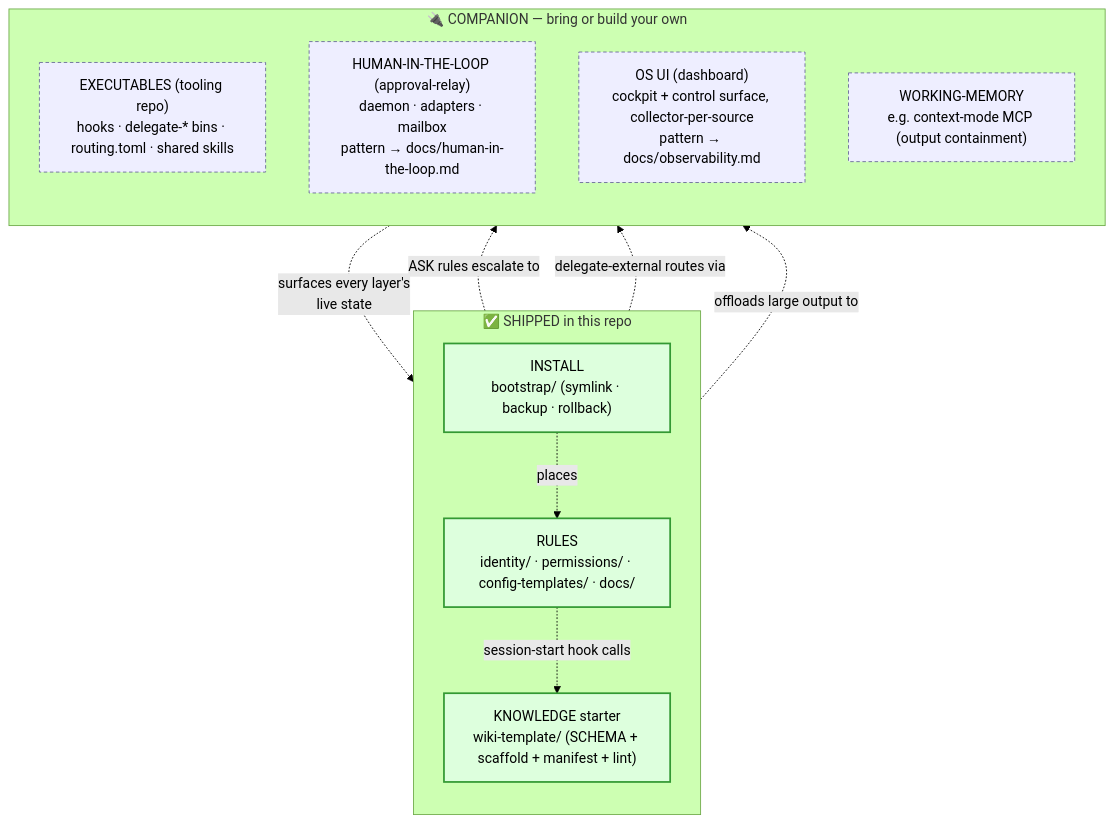
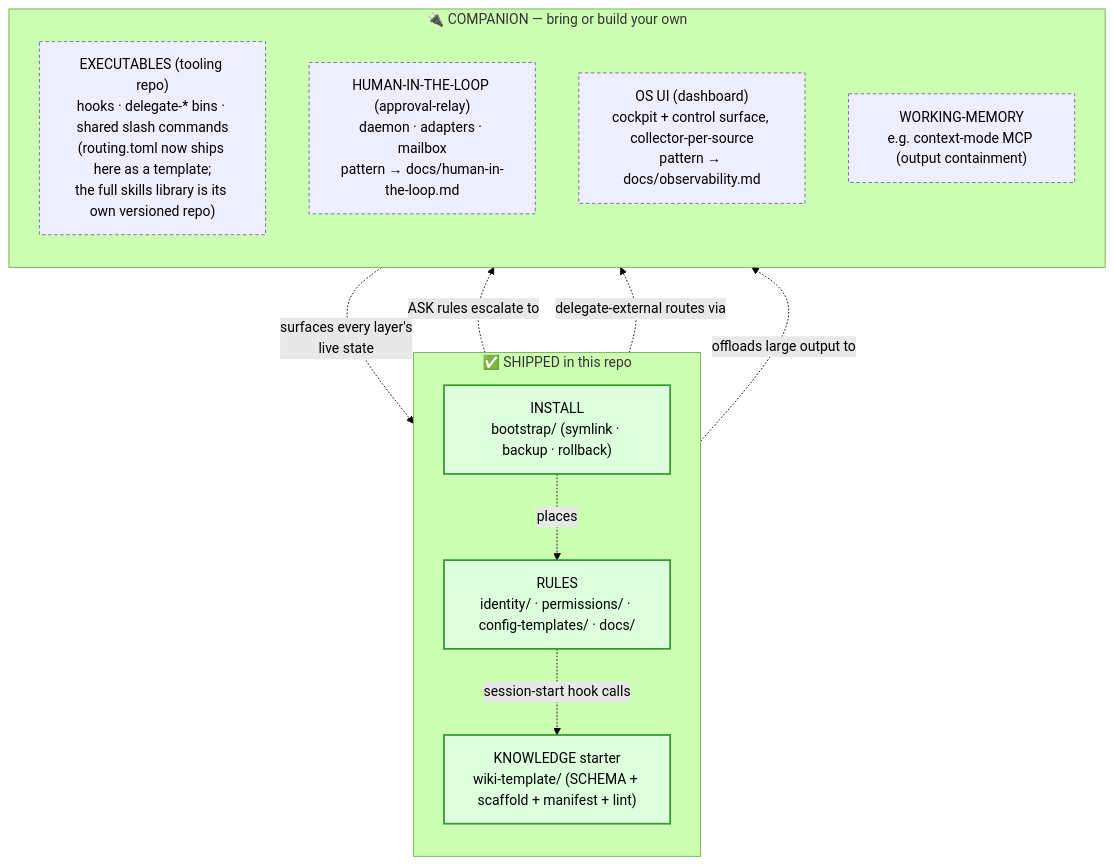
The first of 3 diagrams in docs/REPO-MAP.md (FRBio-maker/hive-mind-os), drawn with Mermaid (forest theme) before and after one commit. The commit also changed other lines of this file and 56 other files, not shown here.

First line of the commit message:
docs+feat: sync repo to live doctrine — role-slot control plane, skills/commands, working wiki hook, relay security model

````diff
--- a/docs/REPO-MAP.md
+++ b/docs/REPO-MAP.md
@@ -93,29 +113,29 @@
 ```mermaid
 flowchart TB
     subgraph SHIP["✅ SHIPPED in this repo"]
         direction TB
         R["RULES<br/>identity/ · permissions/ · config-templates/ · docs/"]
         K["KNOWLEDGE starter<br/>wiki-template/ (SCHEMA + scaffold + manifest + lint)"]
         I["INSTALL<br/>bootstrap/ (symlink · backup · rollback)"]
     end
 
     subgraph BYO["🔌 COMPANION — bring or build your own"]
         direction TB
-        T["EXECUTABLES (tooling repo)<br/>hooks · delegate-* bins · routing.toml · shared skills"]
+        T["EXECUTABLES (tooling repo)<br/>hooks · delegate-* bins · shared slash commands<br/>(routing.toml now ships here as a template;<br/>the full skills library is its own versioned repo)"]
         H["HUMAN-IN-THE-LOOP (approval-relay)<br/>daemon · adapters · mailbox<br/>pattern → docs/human-in-the-loop.md"]
         O["OS UI (dashboard)<br/>cockpit + control surface, collector-per-source<br/>pattern → docs/observability.md"]
         C["WORKING-MEMORY<br/>e.g. context-mode MCP (output containment)"]
     end
 
     R -. "session-start hook calls" .-> K
     I -. "places" .-> R
     R -. "ASK rules escalate to" .-> H
     R -. "delegate-external routes via" .-> T
     O -. "surfaces every layer's<br/>live state" .-> R
     R -. "offloads large output to" .-> C
 
     classDef ship fill:#dfd,stroke:#393,stroke-width:2px
     classDef byo fill:#eef,stroke:#669,stroke-dasharray:4 3
     class R,K,I ship
     class T,H,O,C byo
 ```
````
